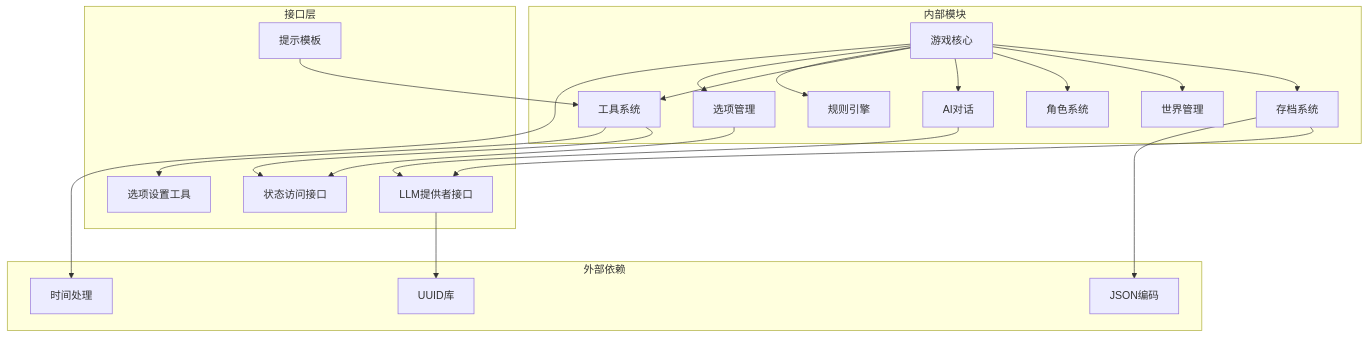
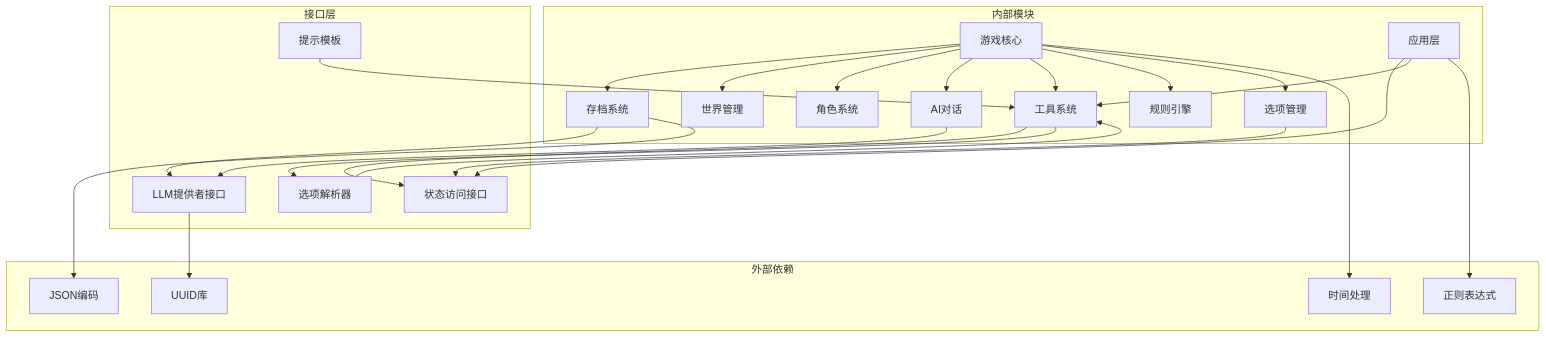
One commit to zwh8800/cdnd changed the ninth of 9 diagrams in .qoder/repowiki/zh/content/游戏引擎架构/状态管理系统.md. Above: the diagram before and after it, drawn with Mermaid. The commit also changed other lines of this file and 102 other files, not shown here.

````diff
--- a/.qoder/repowiki/zh/content/游戏引擎架构/状态管理系统.md
+++ b/.qoder/repowiki/zh/content/游戏引擎架构/状态管理系统.md
@@ -433,40 +459,46 @@
 ```mermaid
 graph TB
 subgraph "外部依赖"
 UUID[UUID库]
 JSON[JSON编码]
 Time[时间处理]
+regexp[正则表达式]
 end
 subgraph "内部模块"
 Game[游戏核心]
+App[应用层]
 Save[存档系统]
 World[世界管理]
 Character[角色系统]
 LLM[AI对话]
 Tools[工具系统]
 Rules[规则引擎]
 Options[选项管理]
 end
 subgraph "接口层"
 Provider[LLM提供者接口]
 StateAccessor[状态访问接口]
-SetOptionsTool[选项设置工具]
 Prompt[提示模板]
+OptionsParser[选项解析器]
 end
 Game --> Save
 Game --> World
 Game --> Character
 Game --> LLM
 Game --> Tools
 Game --> Rules
 Game --> Options
+App --> StateAccessor
+App --> Tools
 Save --> Provider
 Tools --> StateAccessor
-Tools --> SetOptionsTool
+Tools --> OptionsParser
 LLM --> Provider
 Options --> StateAccessor
+OptionsParser --> Tools
 Prompt --> Tools
 Provider --> UUID
 Save --> JSON
 Game --> Time
+App --> regexp
 ```
````
